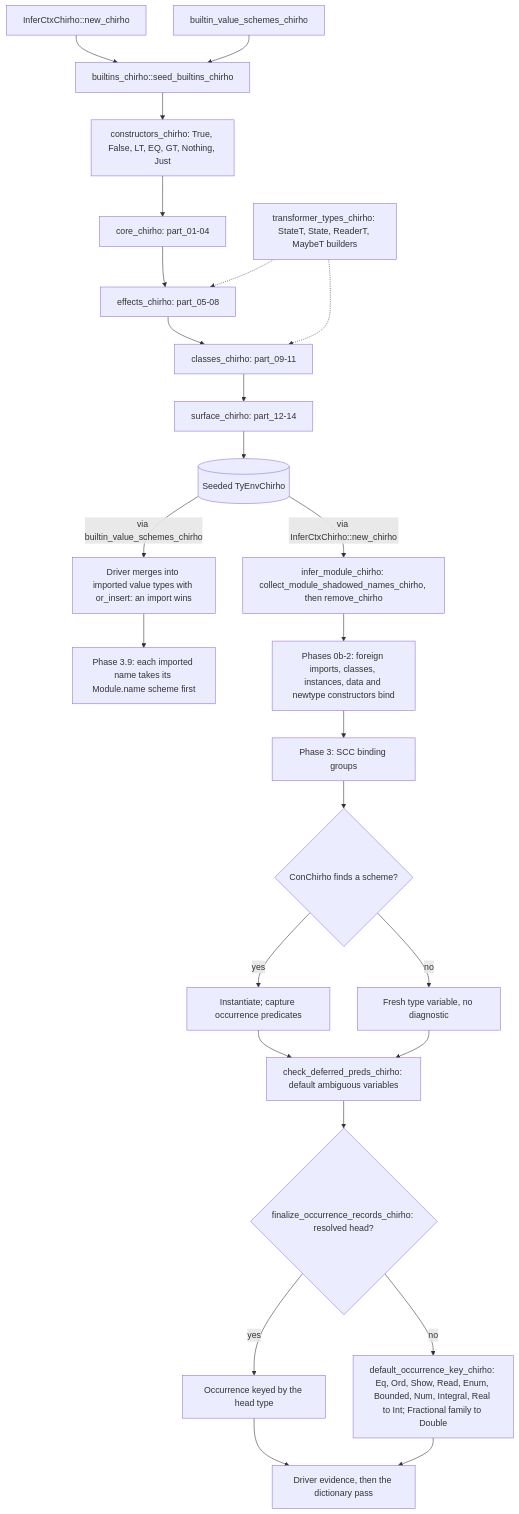
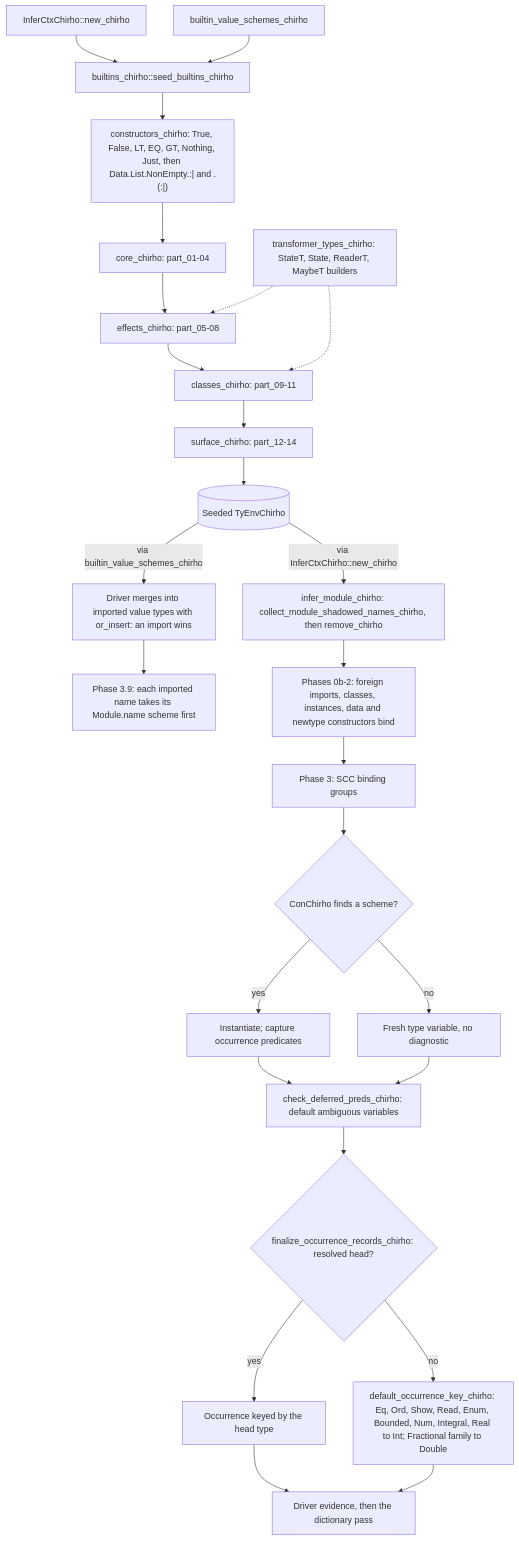
One commit to loveJesus/haskelujah-chirho changed the diagram in spec-chirho/workflows-chirho/compiler-pipeline-chirho/builtin-type-environment-chirho.md. Above: the diagram before and after it, drawn with Mermaid. The commit also changed other lines of this file and 2 other files, not shown here.

First line of the commit message:
docs(workflow): NonEmpty's constructor seed, Show metadata and routed toList

````diff
--- a/spec-chirho/workflows-chirho/compiler-pipeline-chirho/builtin-type-environment-chirho.md
+++ b/spec-chirho/workflows-chirho/compiler-pipeline-chirho/builtin-type-environment-chirho.md
@@ -6,29 +6,29 @@
 ```mermaid
 flowchart TD
     ctx_chirho[InferCtxChirho::new_chirho] --> hub_chirho[builtins_chirho::seed_builtins_chirho]
     schemes_chirho[builtin_value_schemes_chirho] --> hub_chirho
-    hub_chirho --> constructors_chirho[constructors_chirho: True, False, LT, EQ, GT, Nothing, Just]
+    hub_chirho --> constructors_chirho["constructors_chirho: True, False, LT, EQ, GT, Nothing, Just, then Data.List.NonEmpty.:| and .(:|)"]
     constructors_chirho --> core_chirho[core_chirho: part_01-04]
     core_chirho --> effects_chirho[effects_chirho: part_05-08]
     effects_chirho --> classes_chirho[classes_chirho: part_09-11]
     classes_chirho --> surface_chirho[surface_chirho: part_12-14]
     builders_chirho[transformer_types_chirho: StateT, State, ReaderT, MaybeT builders] -.-> effects_chirho
     builders_chirho -.-> classes_chirho
     surface_chirho --> seeded_chirho[(Seeded TyEnvChirho)]
 
     seeded_chirho -- via builtin_value_schemes_chirho --> driver_chirho[Driver merges into imported value types with or_insert: an import wins]
     driver_chirho --> imports_chirho[Phase 3.9: each imported name takes its Module.name scheme first]
     seeded_chirho -- via InferCtxChirho::new_chirho --> shadow_chirho[infer_module_chirho: collect_module_shadowed_names_chirho, then remove_chirho]
     shadow_chirho --> rebind_chirho[Phases 0b-2: foreign imports, classes, instances, data and newtype constructors bind]
     rebind_chirho --> groups_chirho[Phase 3: SCC binding groups]
     groups_chirho --> bound_chirho{ConChirho finds a scheme?}
     bound_chirho -- yes --> instantiate_chirho[Instantiate; capture occurrence predicates]
     bound_chirho -- no --> fresh_chirho[Fresh type variable, no diagnostic]
     instantiate_chirho --> deferred_chirho[check_deferred_preds_chirho: default ambiguous variables]
     fresh_chirho --> deferred_chirho
     deferred_chirho --> finalize_chirho{finalize_occurrence_records_chirho: resolved head?}
     finalize_chirho -- yes --> key_chirho[Occurrence keyed by the head type]
     finalize_chirho -- no --> default_chirho[default_occurrence_key_chirho: Eq, Ord, Show, Read, Enum, Bounded, Num, Integral, Real to Int; Fractional family to Double]
     key_chirho --> evidence_chirho[Driver evidence, then the dictionary pass]
     default_chirho --> evidence_chirho
 ```
````
